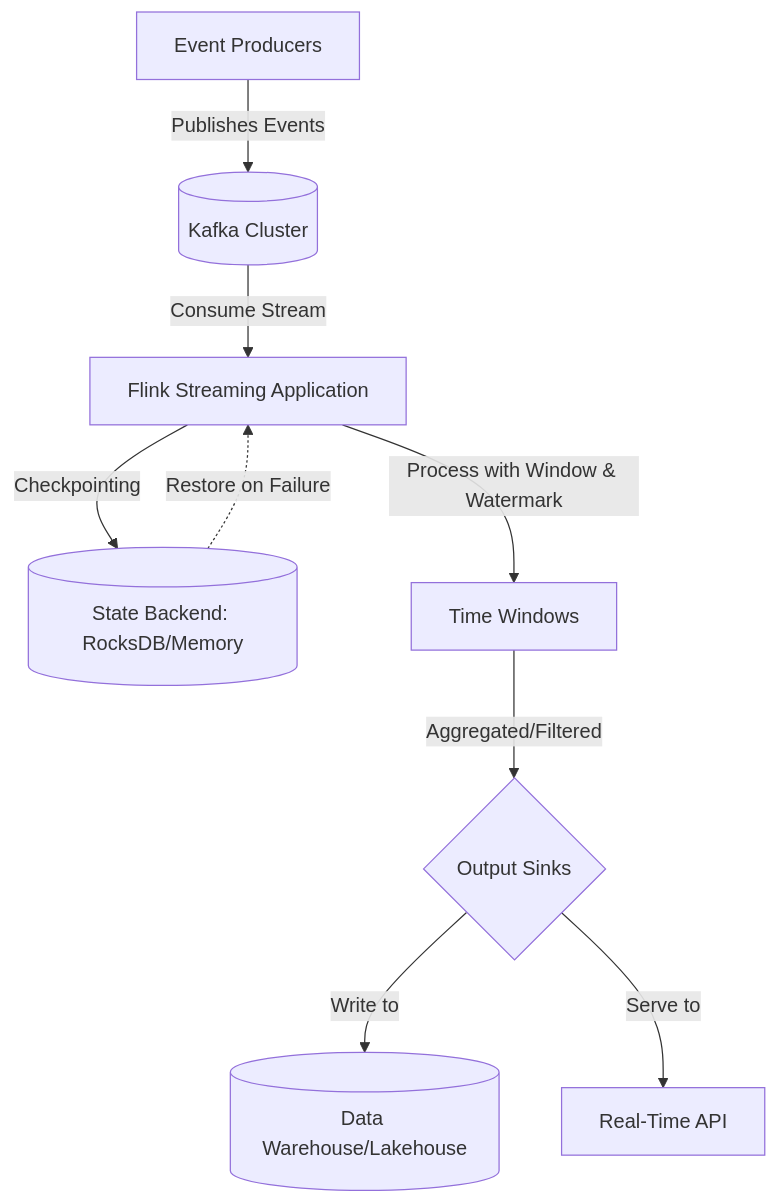
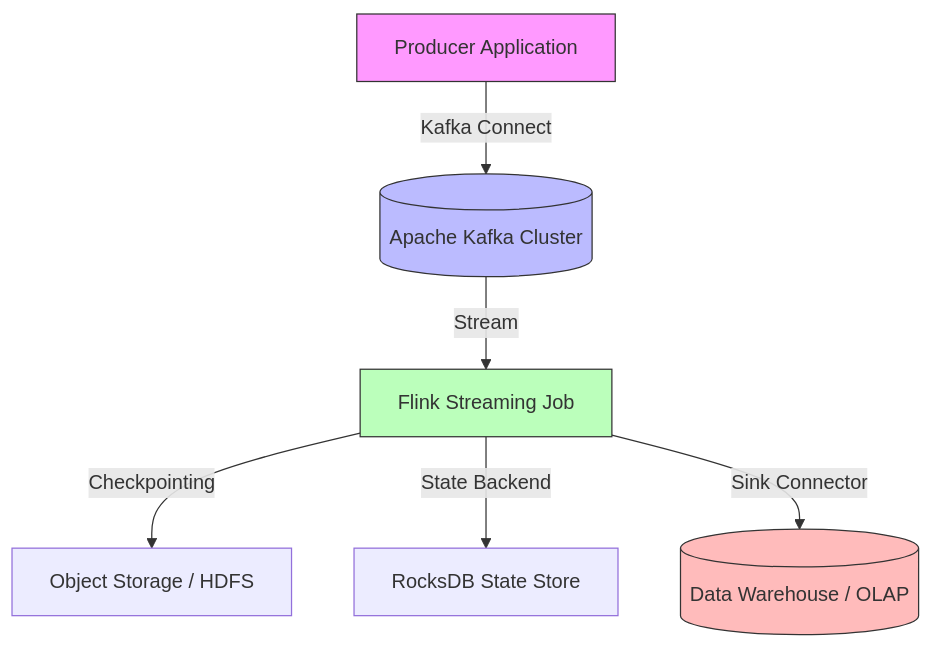
One commit to govindtank/govindtank.github.io changed the diagram in src/content/blog/data-engineering-at-scale-building-real-time-streaming-pipelines.md. Above: the diagram before and after it, drawn with Mermaid. The commit also changed other lines of this file and 1 other file, not shown here.

First line of the commit message:
blog: Add Data Engineering at Scale: Building Real-Time Streaming Pipelines - 2026-06-19

````diff
--- a/src/content/blog/data-engineering-at-scale-building-real-time-streaming-pipelines.md
+++ b/src/content/blog/data-engineering-at-scale-building-real-time-streaming-pipelines.md
@@ -32,12 +34,13 @@
 ```mermaid
 graph TD
-  Producer[Event Producers] -->|Publishes Events| Kafka[(Kafka Cluster)]
-  Kafka -->|Consume Stream| Flink[Flink Streaming Application]
-  Flink -->|Checkpointing| StateDB[(State Backend: RocksDB/Memory)]
-  Flink -->|Process with Window & Watermark| Window[Time Windows]
-  Window -->|Aggregated/Filtered| Sink{Output Sinks}
-  Sink -->|Write to| Storage[(Data Warehouse/Lakehouse)]
-  Sink -->|Serve to| API[Real-Time API]
-  
-  StateDB -.->|Restore on Failure| Flink
+    Producer[Producer Application] -->|Kafka Connect| Kafka[(Apache Kafka Cluster)]
+    Kafka -->|Stream| Flink[Flink Streaming Job]
+    Flink -->|Checkpointing| HDFS[Object Storage / HDFS]
+    Flink -->|State Backend| RocksDB[RocksDB State Store]
+    Flink -->|Sink Connector| DB[(Data Warehouse / OLAP)]
+    
+    style Producer fill:#f9f,stroke:#333
+    style Kafka fill:#bbf,stroke:#333
+    style Flink fill:#bfb,stroke:#333
+    style DB fill:#fbb,stroke:#333
 ```
````
